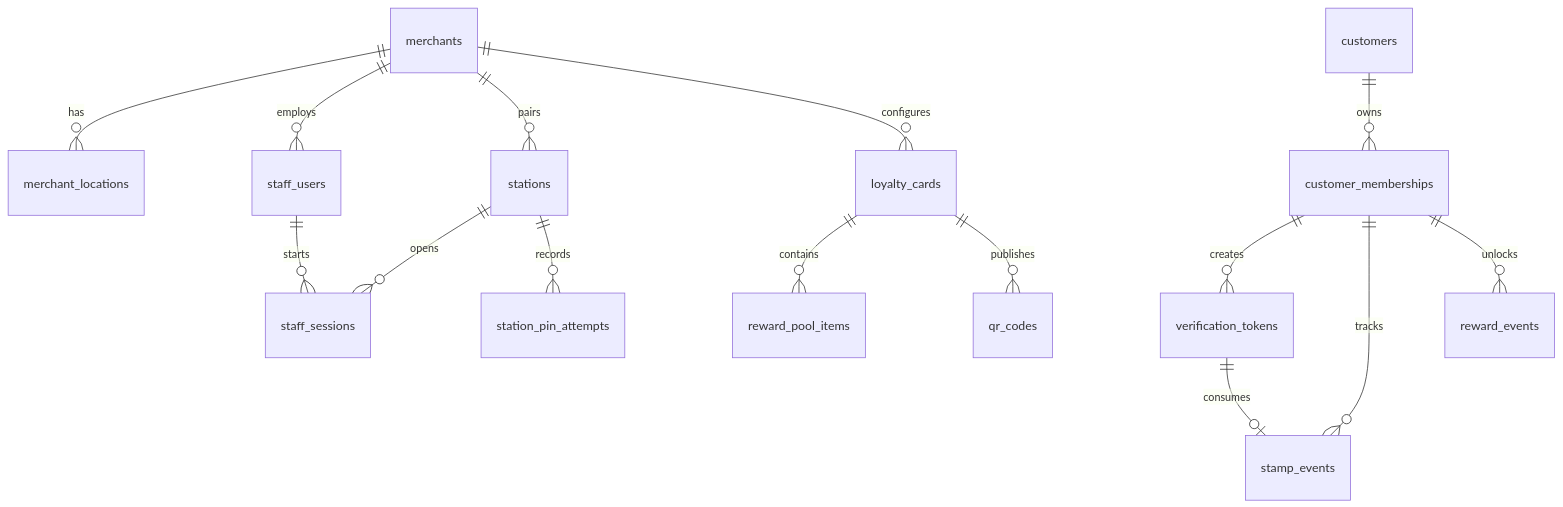
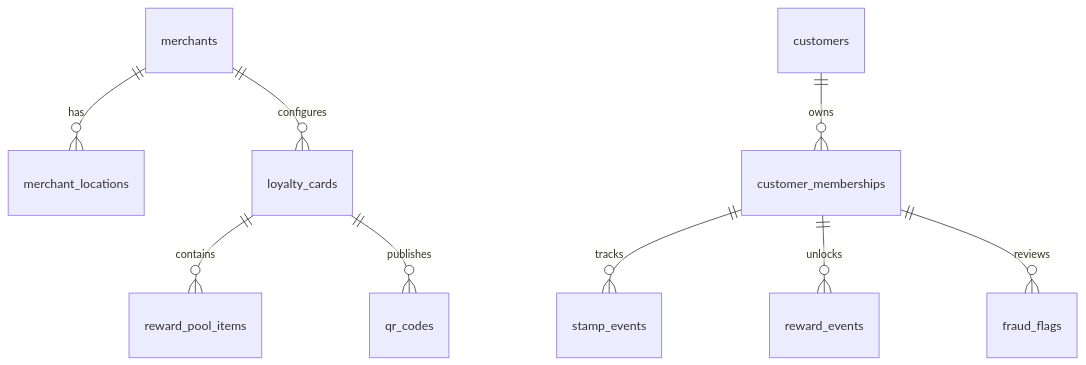
Before and after one commit to lapeninns/nabaperks: the second of 5 diagrams in docs/ARCHITECTURE.md, drawn with Mermaid. The commit also changed other lines of this file and 219 other files, not shown here.

````diff
--- a/docs/ARCHITECTURE.md
+++ b/docs/ARCHITECTURE.md
@@ -89,17 +82,11 @@
 ```mermaid
 erDiagram
   merchants ||--o{ merchant_locations : has
-  merchants ||--o{ staff_users : employs
-  merchants ||--o{ stations : pairs
-  stations ||--o{ staff_sessions : opens
-  stations ||--o{ station_pin_attempts : records
-  staff_users ||--o{ staff_sessions : starts
   merchants ||--o{ loyalty_cards : configures
   loyalty_cards ||--o{ reward_pool_items : contains
   loyalty_cards ||--o{ qr_codes : publishes
   customers ||--o{ customer_memberships : owns
-  customer_memberships ||--o{ verification_tokens : creates
   customer_memberships ||--o{ stamp_events : tracks
   customer_memberships ||--o{ reward_events : unlocks
-  verification_tokens ||--o| stamp_events : consumes
+  customer_memberships ||--o{ fraud_flags : reviews
 ```
````
